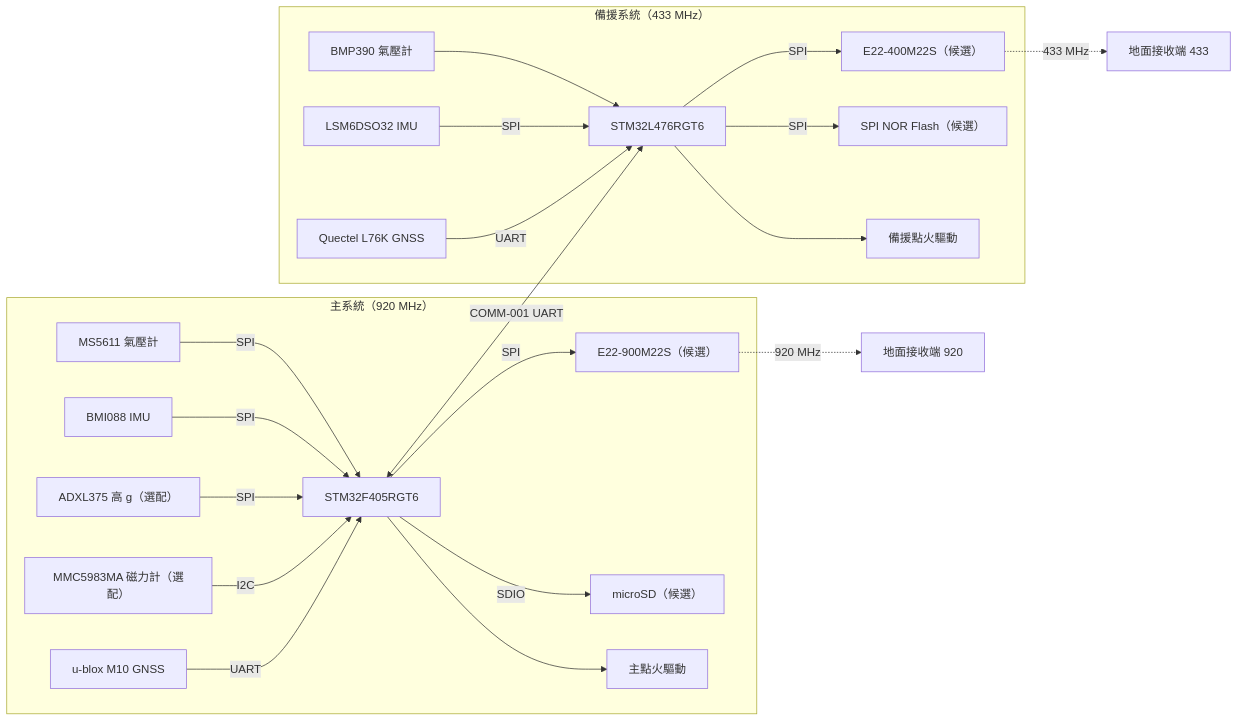
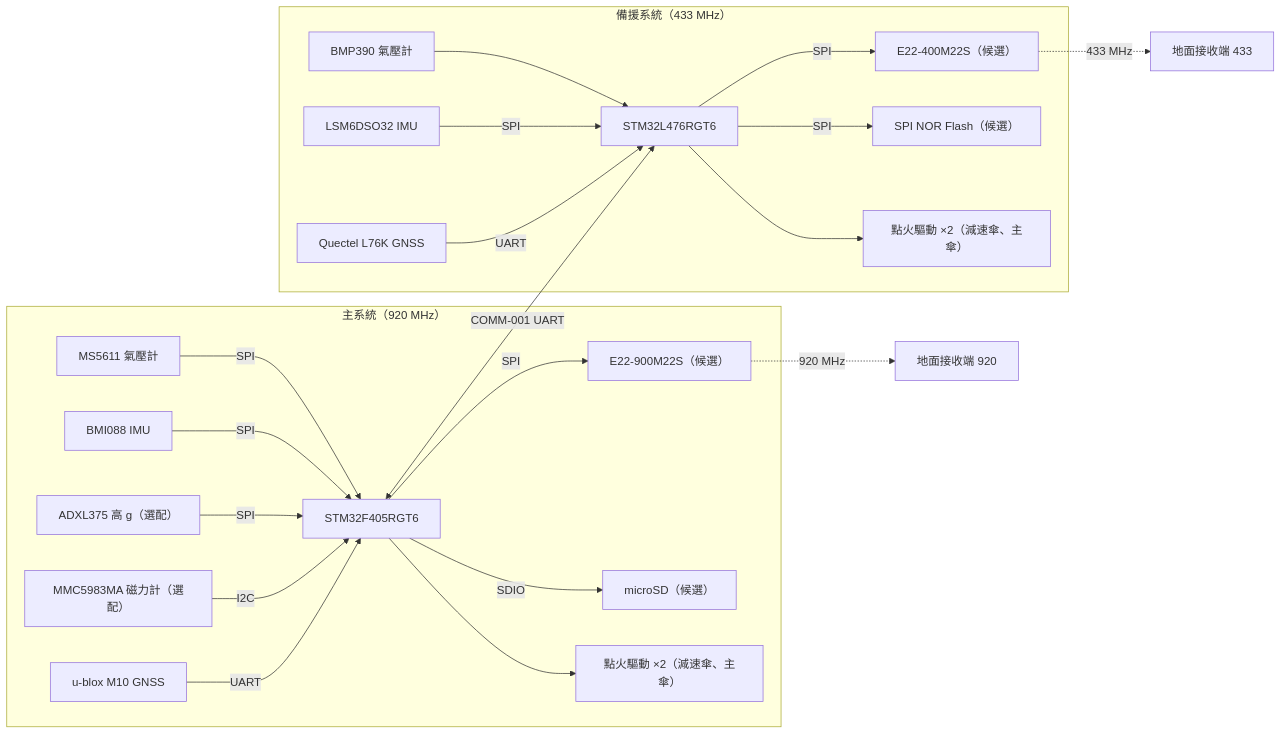
The diagram in docs/architecture.md (rat0mu/ISP-2027RTC), drawn with Mermaid before and after one commit. The commit also changed other lines of this file and 4 other files, not shown here.

````diff
--- a/docs/architecture.md
+++ b/docs/architecture.md
@@ -39,26 +39,26 @@
 ```mermaid
 flowchart LR
   subgraph MAIN["主系統（920 MHz）"]
     F405["STM32F405RGT6"]
     MS5611["MS5611 氣壓計"] -- SPI --> F405
     BMI088["BMI088 IMU"] -- SPI --> F405
     ADXL375["ADXL375 高 g（選配）"] -- SPI --> F405
     MMC["MMC5983MA 磁力計（選配）"] -- I2C --> F405
     M10["u-blox M10 GNSS"] -- UART --> F405
     F405 -- SPI --> R920["E22-900M22S（候選）"]
     F405 -- SDIO --> SD["microSD（候選）"]
-    F405 --> PYRO1["主點火驅動"]
+    F405 --> PYRO1["點火驅動 ×2（減速傘、主傘）"]
   end
   subgraph BACKUP["備援系統（433 MHz）"]
     L476["STM32L476RGT6"]
     BMP390["BMP390 氣壓計"] --> L476
     LSM["LSM6DSO32 IMU"] -- SPI --> L476
     L76K["Quectel L76K GNSS"] -- UART --> L476
     L476 -- SPI --> R433["E22-400M22S（候選）"]
     L476 -- SPI --> FLASH["SPI NOR Flash（候選）"]
-    L476 --> PYRO2["備援點火驅動"]
+    L476 --> PYRO2["點火驅動 ×2（減速傘、主傘）"]
   end
   F405 <-- "COMM-001 UART" --> L476
   R920 -. 920 MHz .-> GS1["地面接收端 920"]
   R433 -. 433 MHz .-> GS2["地面接收端 433"]
 ```
````
